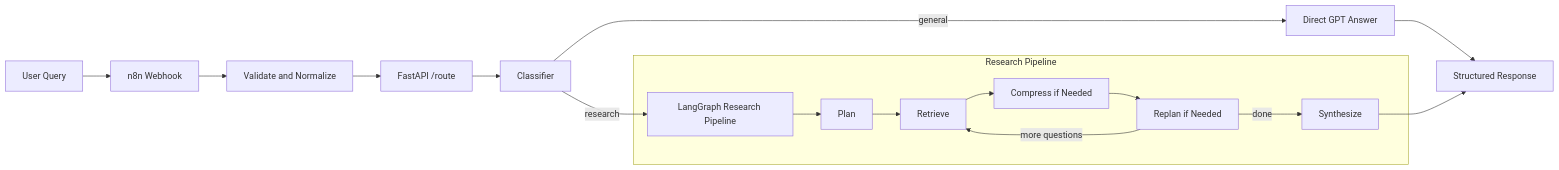
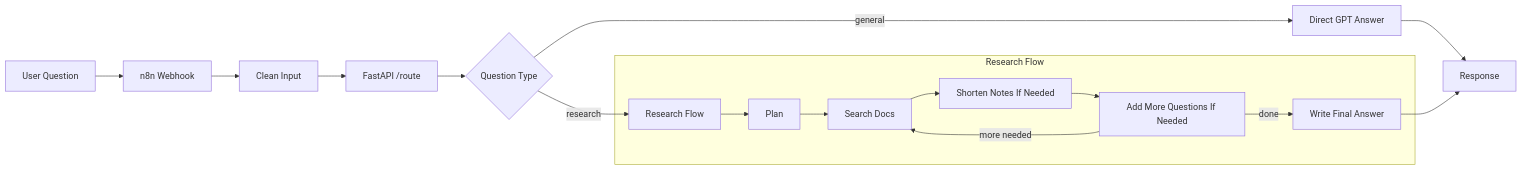
The diagram in README.md (prabhath004/binox-agent), drawn with Mermaid before and after one commit. The commit also changed other lines of this file and 4 other files, not shown here.

````diff
--- a/README.md
+++ b/README.md
@@ -34,21 +43,21 @@
 ```mermaid
 flowchart LR
-    U[User Query] --> N[n8n Webhook]
-    N --> V[Validate and Normalize]
-    V --> R[FastAPI /route]
-    R --> C[Classifier]
-    C -->|general| G[Direct GPT Answer]
-    C -->|research| P[LangGraph Research Pipeline]
+    U[User Question] --> N[n8n Webhook]
+    N --> C[Clean Input]
+    C --> R[FastAPI /route]
+    R --> D{Question Type}
+    D -->|general| G[Direct GPT Answer]
+    D -->|research| P[Research Flow]
 
-    subgraph P1[Research Pipeline]
-        P --> P2[Plan]
-        P2 --> P3[Retrieve]
-        P3 --> P4[Compress if Needed]
-        P4 --> P5[Replan if Needed]
-        P5 -->|more questions| P3
-        P5 -->|done| P6[Synthesize]
+    subgraph RF[Research Flow]
+        P --> P1[Plan]
+        P1 --> P2[Search Docs]
+        P2 --> P3[Shorten Notes If Needed]
+        P3 --> P4[Add More Questions If Needed]
+        P4 -->|more needed| P2
+        P4 -->|done| P5[Write Final Answer]
     end
 
-    G --> O[Structured Response]
-    P6 --> O
+    G --> O[Response]
+    P5 --> O
 ```
````
